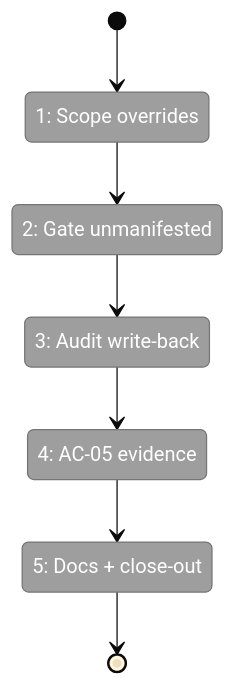
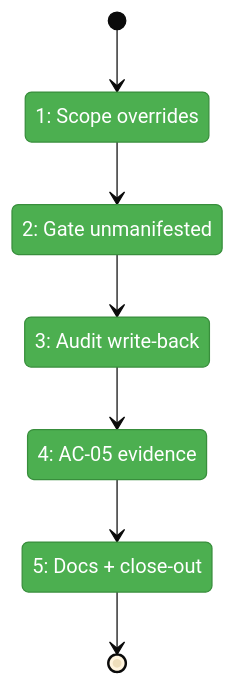
One commit to vaughanknight/pij changed the first of 2 diagrams in docs/plans/009-extension-vetting/fixes/FX001-audit-gate-hardening.fltplan.md. Above: the diagram before and after it, drawn with Mermaid (base theme). The commit also changed other lines of this file and 22 other files, not shown here.

````diff
--- a/docs/plans/009-extension-vetting/fixes/FX001-audit-gate-hardening.fltplan.md
+++ b/docs/plans/009-extension-vetting/fixes/FX001-audit-gate-hardening.fltplan.md
@@ -32,22 +32,22 @@
 ```mermaid
 stateDiagram-v2
     classDef pending fill:#9E9E9E,stroke:#757575,color:#fff
     classDef active fill:#FFC107,stroke:#FFA000,color:#000
     classDef done fill:#4CAF50,stroke:#388E3C,color:#fff
     classDef blocked fill:#F44336,stroke:#D32F2F,color:#fff
 
     state "1: Scope overrides" as S1
     state "2: Gate unmanifested" as S2
     state "3: Audit write-back" as S3
     state "4: AC-05 evidence" as S4
     state "5: Docs + close-out" as S5
 
     [*] --> S1
     S1 --> S2
     S2 --> S3
     S3 --> S4
     S4 --> S5
     S5 --> [*]
 
-    class S1,S2,S3,S4,S5 pending
+    class S1,S2,S3,S4,S5 done
 ```
````
